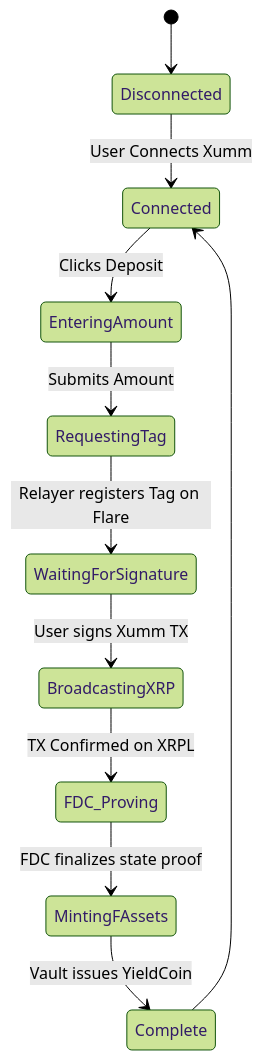
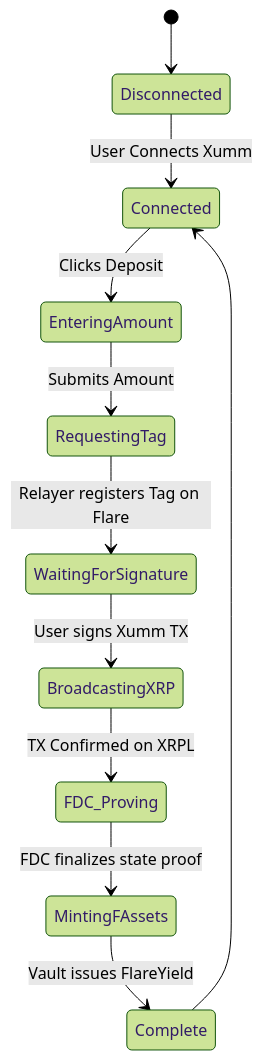
One commit to ola-893/Yieldflare changed the diagram in docs/frontend_architecture.md. Above: the diagram before and after it, drawn with Mermaid (forest theme). The commit also changed other lines of this file and 6 other files, not shown here.

Commit message:
docs: update system architecture and hackathon documentation

````diff
--- a/docs/frontend_architecture.md
+++ b/docs/frontend_architecture.md
@@ -43,16 +43,16 @@
 ```mermaid
 stateDiagram-v2
     [*] --> Disconnected
     Disconnected --> Connected : User Connects Xumm
     Connected --> EnteringAmount : Clicks Deposit
     EnteringAmount --> RequestingTag : Submits Amount
     
     RequestingTag --> WaitingForSignature : Relayer registers Tag on Flare
     WaitingForSignature --> BroadcastingXRP : User signs Xumm TX
     BroadcastingXRP --> FDC_Proving : TX Confirmed on XRPL
     
     FDC_Proving --> MintingFAssets : FDC finalizes state proof
-    MintingFAssets --> Complete : Vault issues YieldCoin
+    MintingFAssets --> Complete : Vault issues FlareYield
     
     Complete --> Connected
 ```
````
